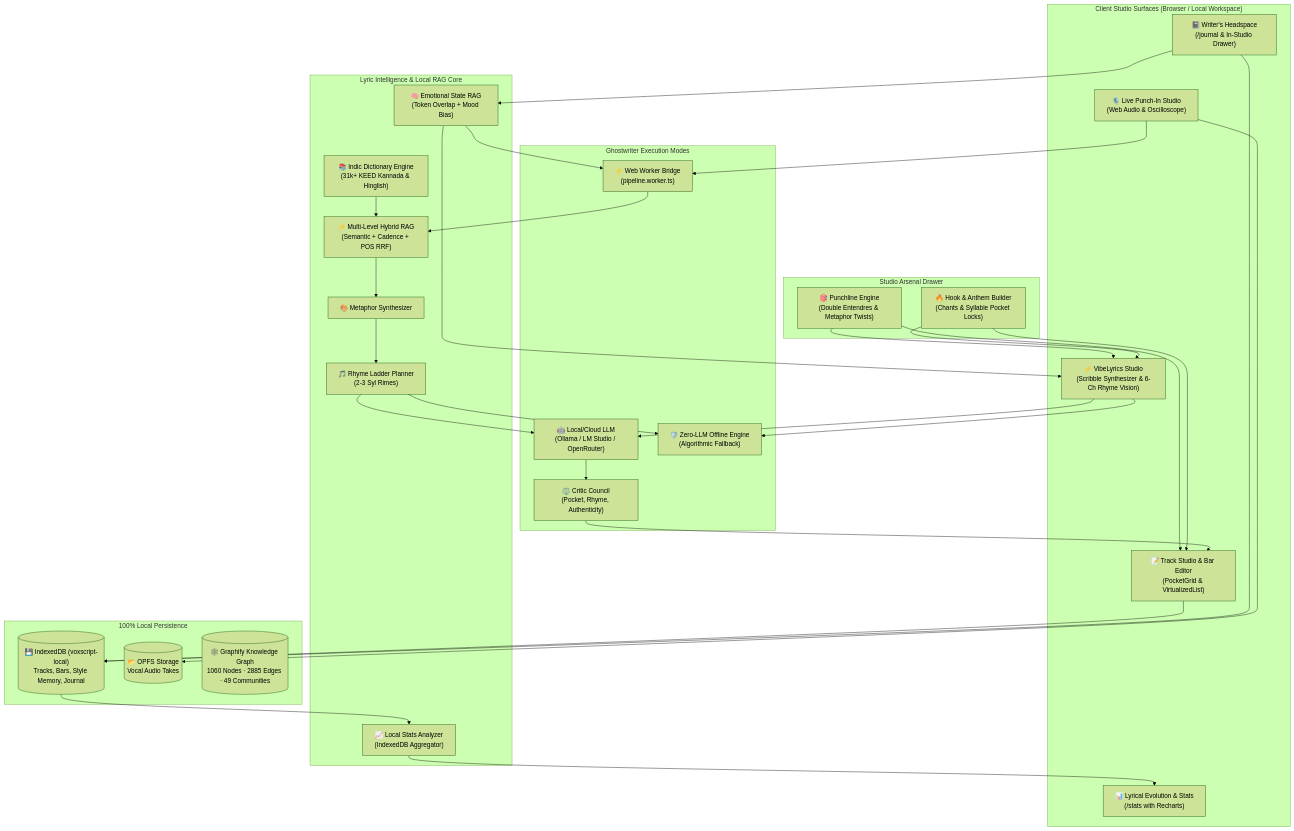
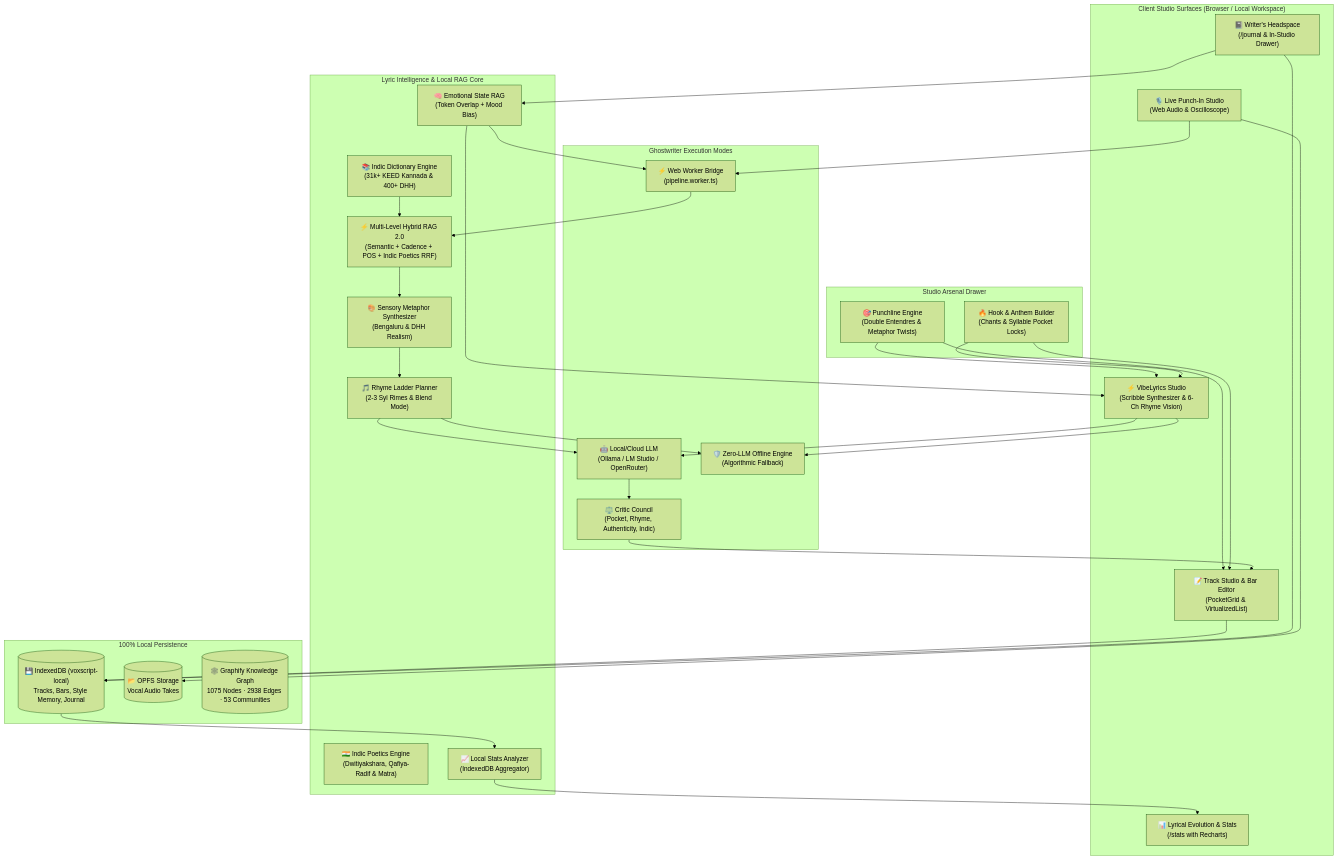
One commit to ChiragNSundar/VibeVox changed the second of 2 diagrams in README.md. Above: the diagram before and after it, drawn with Mermaid (forest theme). The commit also changed other lines of this file, not shown here.

````diff
--- a/README.md
+++ b/README.md
@@ -104,67 +115,68 @@
 ```mermaid
 flowchart TD
     subgraph StudioSurfaces["Client Studio Surfaces (Browser / Local Workspace)"]
         LiveStudio["🎙️ Live Punch-In Studio\n(Web Audio & Oscilloscope)"]
         LyricEditor["📝 Track Studio & Bar Editor\n(PocketGrid & VirtualizedList)"]
         VibeStudio["⚡ VibeLyrics Studio\n(Scribble Synthesizer & 6-Ch Rhyme Vision)"]
         JournalPage["📓 Writer's Headspace\n(/journal & In-Studio Drawer)"]
         StatsDashboard["📊 Lyrical Evolution & Stats\n(/stats with Recharts)"]
     end
 
     subgraph StudioArsenalLayer["Studio Arsenal Drawer"]
         PunchlineEngine["🎯 Punchline Engine\n(Double Entendres & Metaphor Twists)"]
         HookEngine["🔥 Hook & Anthem Builder\n(Chants & Syllable Pocket Locks)"]
     end
 
     subgraph IntelligenceEngine["Lyric Intelligence & Local RAG Core"]
         JournalRAG["🧠 Emotional State RAG\n(Token Overlap + Mood Bias)"]
-        HybridRAG["⚡ Multi-Level Hybrid RAG\n(Semantic + Cadence + POS RRF)"]
-        MetaphorSynth["🎨 Metaphor Synthesizer"]
-        RhymePlanner["🎵 Rhyme Ladder Planner\n(2-3 Syl Rimes)"]
-        DictEngine["📚 Indic Dictionary Engine\n(31k+ KEED Kannada & Hinglish)"]
+        HybridRAG["⚡ Multi-Level Hybrid RAG 2.0\n(Semantic + Cadence + POS + Indic Poetics RRF)"]
+        IndicPoetics["🇮🇳 Indic Poetics Engine\n(Dwitiyakshara, Qafiya-Radif & Matra)"]
+        MetaphorSynth["🎨 Sensory Metaphor Synthesizer\n(Bengaluru & DHH Realism)"]
+        RhymePlanner["🎵 Rhyme Ladder Planner\n(2-3 Syl Rimes & Blend Mode)"]
+        DictEngine["📚 Indic Dictionary Engine\n(31k+ KEED Kannada & 400+ DHH)"]
         StatsEngine["📈 Local Stats Analyzer\n(IndexedDB Aggregator)"]
     end
 
     subgraph ExecutionModes["Ghostwriter Execution Modes"]
         PipelineWorker["⚡ Web Worker Bridge\n(pipeline.worker.ts)"]
         LocalLLM["🤖 Local/Cloud LLM\n(Ollama / LM Studio / OpenRouter)"]
         ZeroLLMRAG["🛡️ Zero-LLM Offline Engine\n(Algorithmic Fallback)"]
-        CriticCouncil["⚖️ Critic Council\n(Pocket, Rhyme, Authenticity)"]
+        CriticCouncil["⚖️ Critic Council\n(Pocket, Rhyme, Authenticity, Indic)"]
     end
 
     subgraph StorageLayer["100% Local Persistence"]
         IndexedDB[("💾 IndexedDB (voxscript-local)\nTracks, Bars, Style Memory, Journal")]
         OPFS[("📂 OPFS Storage\nVocal Audio Takes")]
-        GraphifyKG[("🕸️ Graphify Knowledge Graph\n1060 Nodes · 2885 Edges · 49 Communities")]
+        GraphifyKG[("🕸️ Graphify Knowledge Graph\n1075 Nodes · 2938 Edges · 53 Communities")]
     end
 
     LiveStudio --> OPFS
     LiveStudio --> PipelineWorker
     LyricEditor --> IndexedDB
     JournalPage --> IndexedDB
 
     JournalPage --> JournalRAG
     JournalRAG --> PipelineWorker
     JournalRAG --> VibeStudio
 
     PunchlineEngine --> LyricEditor
     PunchlineEngine --> VibeStudio
     HookEngine --> LyricEditor
     HookEngine --> VibeStudio
 
     VibeStudio --> LocalLLM
     VibeStudio --> ZeroLLMRAG
 
     PipelineWorker --> HybridRAG
     DictEngine --> HybridRAG
     HybridRAG --> MetaphorSynth
     MetaphorSynth --> RhymePlanner
 
     RhymePlanner --> LocalLLM
     RhymePlanner --> ZeroLLMRAG
     LocalLLM --> CriticCouncil
     CriticCouncil --> LyricEditor
 
     IndexedDB --> StatsEngine
     StatsEngine --> StatsDashboard
 ```
````
